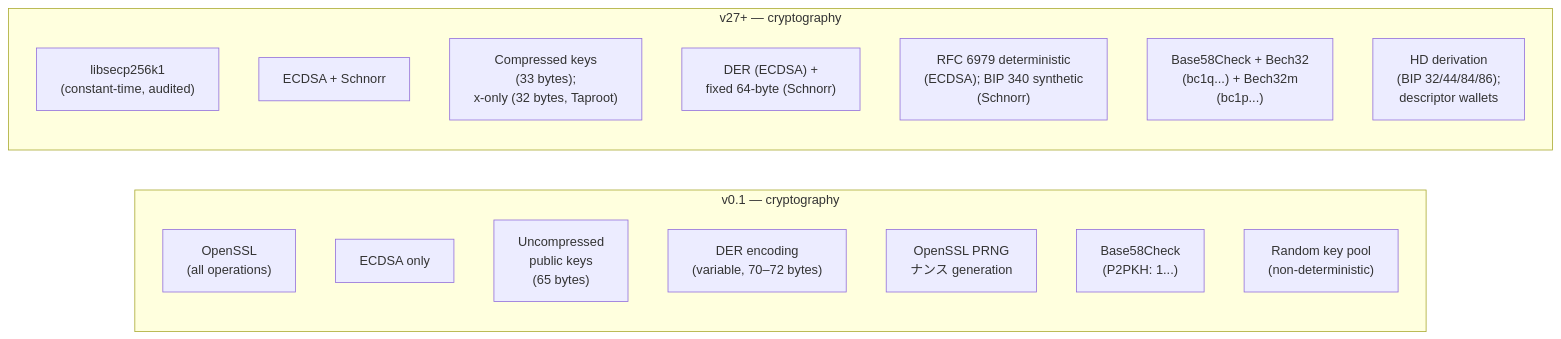
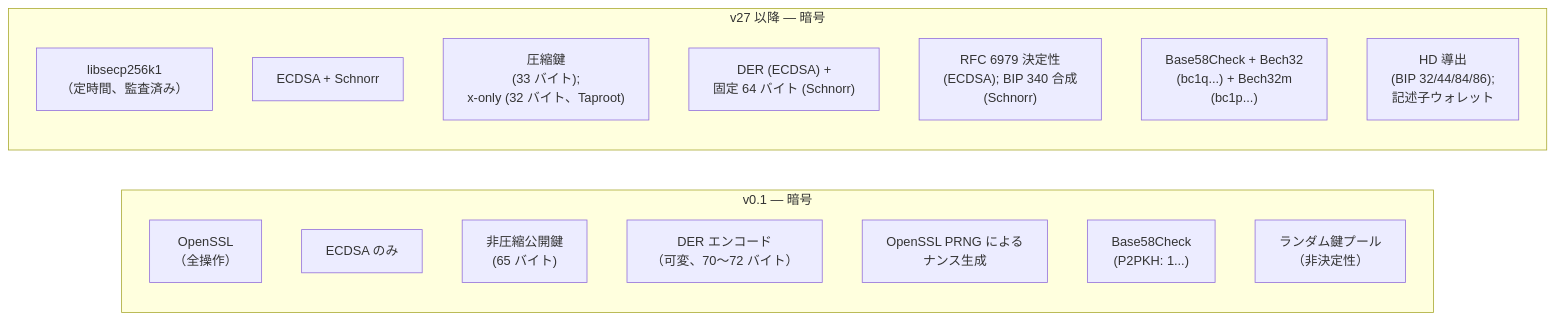
One commit to cypher256/BitcoinArchive changed the seventh of 10 diagrams in src/data/translations/ja/design/2009-01-03-bitcoin-architecture-evolution.md. Above: the diagram before and after it, drawn with Mermaid. The commit also changed other lines of this file and 11 other files, not shown here.

````diff
--- a/src/data/translations/ja/design/2009-01-03-bitcoin-architecture-evolution.md
+++ b/src/data/translations/ja/design/2009-01-03-bitcoin-architecture-evolution.md
@@ -249,24 +249,24 @@
 ```mermaid
 flowchart LR
-    subgraph V01_CRYPTO["v0.1 — cryptography"]
+    subgraph V01_CRYPTO["v0.1 — 暗号"]
         direction TB
-        OPENSSL["OpenSSL<br/>(all operations)"]
-        ECDSA_V0["ECDSA only"]
-        UNCOMP["Uncompressed<br/>public keys<br/>(65 bytes)"]
-        DER_V0["DER encoding<br/>(variable, 70–72 bytes)"]
-        NONCE_V0["OpenSSL PRNG<br/>ナンス generation"]
+        OPENSSL["OpenSSL<br/>（全操作）"]
+        ECDSA_V0["ECDSA のみ"]
+        UNCOMP["非圧縮公開鍵<br/>(65 バイト)"]
+        DER_V0["DER エンコード<br/>（可変、70〜72 バイト）"]
+        NONCE_V0["OpenSSL PRNG による<br/>ナンス生成"]
         ADDR_V0["Base58Check<br/>(P2PKH: 1...)"]
-        KEY_V0["Random key pool<br/>(non-deterministic)"]
+        KEY_V0["ランダム鍵プール<br/>（非決定性）"]
     end
 
-    subgraph V27_CRYPTO["v27+ — cryptography"]
+    subgraph V27_CRYPTO["v27 以降 — 暗号"]
         direction TB
-        LIBSECP["libsecp256k1<br/>(constant-time, audited)"]
+        LIBSECP["libsecp256k1<br/>（定時間、監査済み）"]
         SCHNORR["ECDSA + Schnorr"]
-        COMP["Compressed keys<br/>(33 bytes);<br/>x-only (32 bytes, Taproot)"]
-        SIG_ENC["DER (ECDSA) +<br/>fixed 64-byte (Schnorr)"]
-        NONCE_N["RFC 6979 deterministic<br/>(ECDSA); BIP 340 synthetic<br/>(Schnorr)"]
+        COMP["圧縮鍵<br/>(33 バイト);<br/>x-only (32 バイト、Taproot)"]
+        SIG_ENC["DER (ECDSA) +<br/>固定 64 バイト (Schnorr)"]
+        NONCE_N["RFC 6979 決定性<br/>(ECDSA); BIP 340 合成<br/>(Schnorr)"]
         ADDR_N["Base58Check + Bech32<br/>(bc1q...) + Bech32m<br/>(bc1p...)"]
-        KEY_N["HD derivation<br/>(BIP 32/44/84/86);<br/>descriptor wallets"]
+        KEY_N["HD 導出<br/>(BIP 32/44/84/86);<br/>記述子ウォレット"]
     end
 ```
````
